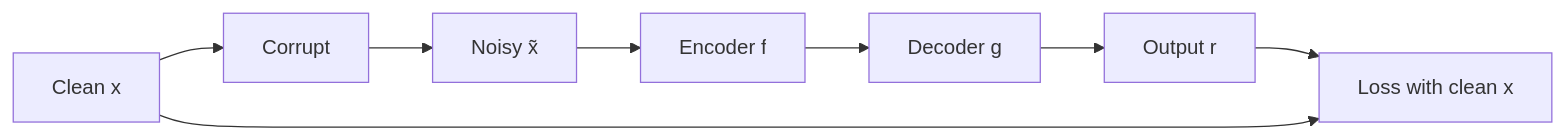
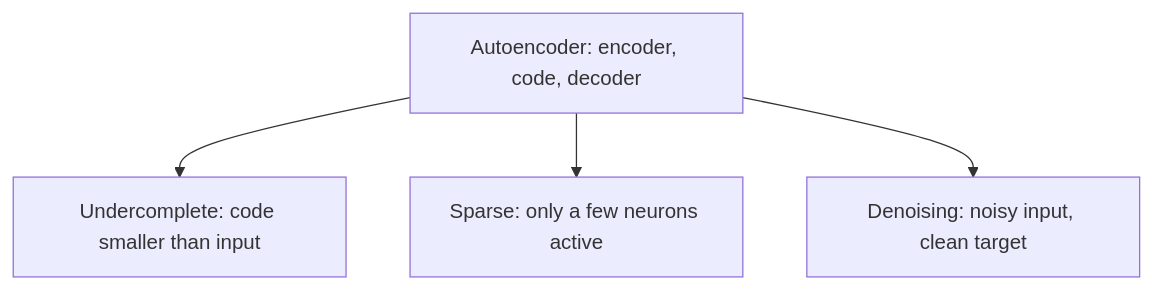
One commit to TrendySloth1001/sem-seven-notes changed the diagram in content/deep-learning/pyq/2024-12/q5b.hi.mdx. Above: the diagram before and after it, drawn with Mermaid. The commit also changed other lines of this file and 254 other files, not shown here.

Commit message:
Rewrite the backpropagation, gradient descent, regularization and autoencoder notes and their 29 answers from the teachers' class files. They use 185 teacher figures with class-notes citations only, and correct the AdaGrad, RMSProp, Nesterov and batch-norm numbers on the slides.

````diff
--- a/content/deep-learning/pyq/2024-12/q5b.hi.mdx
+++ b/content/deep-learning/pyq/2024-12/q5b.hi.mdx
@@ -19,11 +7,7 @@
 ```mermaid
-%% caption: Denoising autoencoder training. Noisy copy andar jaati hai; loss output ko saaf original se compare karta hai.
-flowchart LR
-  X["Clean x"] --> N["Corrupt"]
-  N --> XT["Noisy x̃"]
-  XT --> E["Encoder f"]
-  E --> D["Decoder g"]
-  D --> R["Output r"]
-  R --> L["Loss with clean x"]
-  X --> L
+%% caption: Autoencoder ke teen types, har ek ka apna rule jo network ko input simply copy karne se rokta hai.
+flowchart TD
+  A["Autoencoder: encoder, code, decoder"] --> B["Undercomplete: code smaller than input"]
+  A --> C["Sparse: only a few neurons active"]
+  A --> D["Denoising: noisy input, clean target"]
 ```
````
